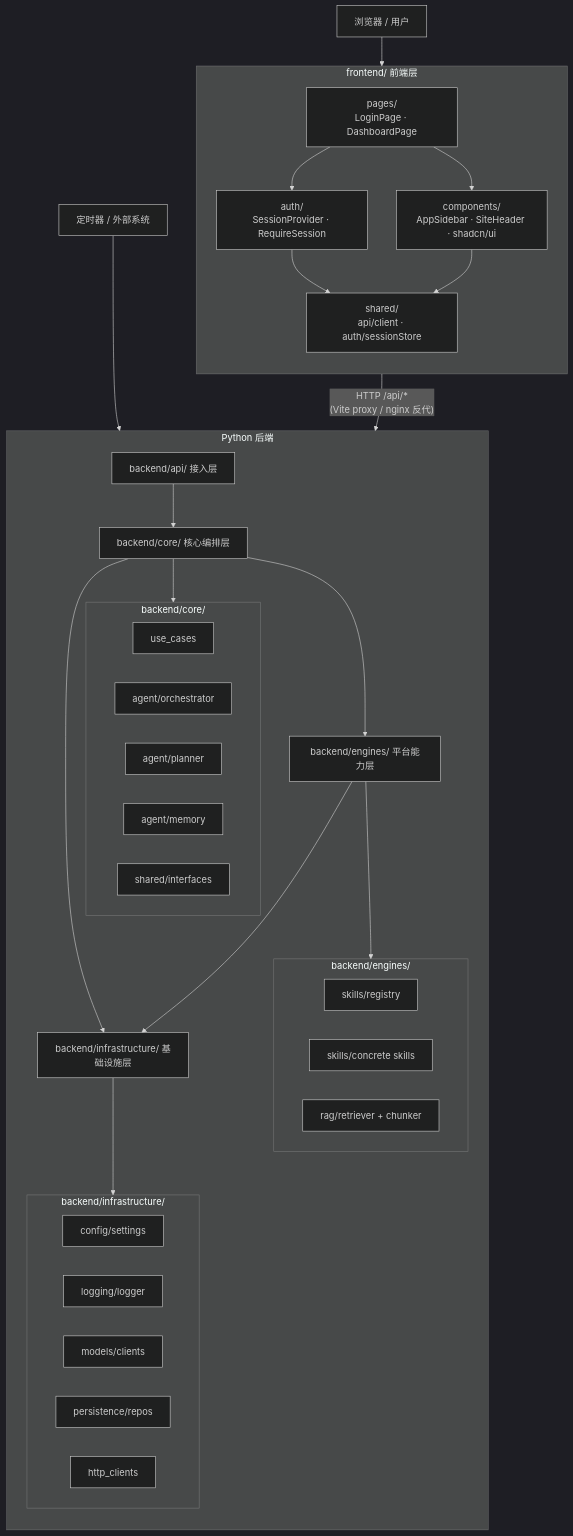
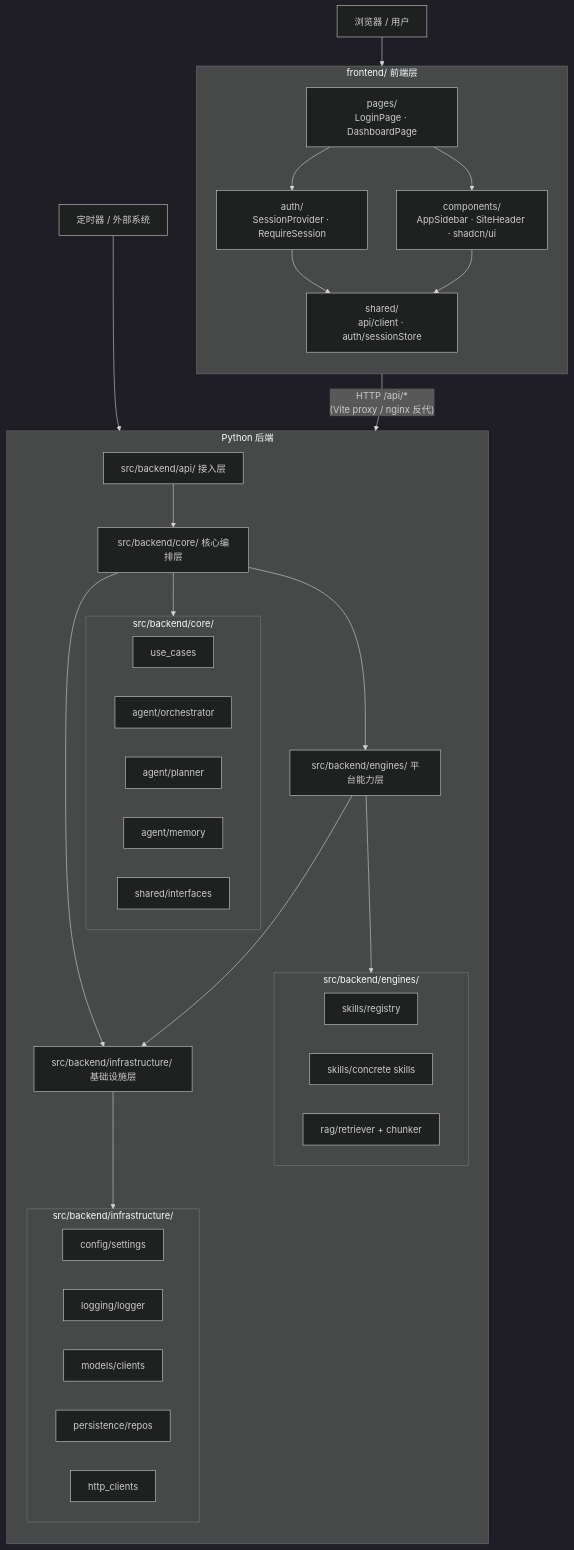
One commit to zata-zhangtao/zata-codes-template changed the diagram in docs/architecture/system-design.md. Above: the diagram before and after it, drawn with Mermaid (dark theme). The commit also changed other lines of this file and 59 other files, not shown here.

````diff
--- a/docs/architecture/system-design.md
+++ b/docs/architecture/system-design.md
@@ -52,59 +52,59 @@
 ```mermaid
 flowchart TD
     Browser["浏览器 / 用户"] --> FE
 
     subgraph FE["frontend/ 前端层"]
         direction TB
         FE_PAGES["pages/\nLoginPage · DashboardPage"]
         FE_LAYOUT["components/\nAppSidebar · SiteHeader · shadcn/ui"]
         FE_AUTH["auth/\nSessionProvider · RequireSession"]
         FE_SHARED["shared/\napi/client · auth/sessionStore"]
         FE_PAGES --> FE_LAYOUT
         FE_PAGES --> FE_AUTH
         FE_AUTH --> FE_SHARED
         FE_LAYOUT --> FE_SHARED
     end
 
     FE_SHARED -->|"HTTP /api/*\n(Vite proxy / nginx 反代)"| Apps
 
     subgraph Backend["Python 后端"]
         direction TB
-        Apps["backend/api/ 接入层"]
-        Core["backend/core/ 核心编排层"]
-        Platform["backend/engines/ 平台能力层"]
-        Infra["backend/infrastructure/ 基础设施层"]
+        Apps["src/backend/api/ 接入层"]
+        Core["src/backend/core/ 核心编排层"]
+        Platform["src/backend/engines/ 平台能力层"]
+        Infra["src/backend/infrastructure/ 基础设施层"]
 
         Apps --> Core
         Core --> Platform
         Core --> Infra
         Platform --> Infra
 
-        subgraph CoreDetails["backend/core/"]
+        subgraph CoreDetails["src/backend/core/"]
             UC["use_cases"]
             ORCH["agent/orchestrator"]
             PLAN["agent/planner"]
             MEM["agent/memory"]
             IFACE["shared/interfaces"]
         end
 
-        subgraph PlatformDetails["backend/engines/"]
+        subgraph PlatformDetails["src/backend/engines/"]
             REG["skills/registry"]
             SKILL["skills/concrete skills"]
             RAG["rag/retriever + chunker"]
         end
 
-        subgraph InfraDetails["backend/infrastructure/"]
+        subgraph InfraDetails["src/backend/infrastructure/"]
             CFG["config/settings"]
             LOG["logging/logger"]
             LLM["models/clients"]
             DB["persistence/repos"]
             HTTP["http_clients"]
         end
 
         Core --> CoreDetails
         Platform --> PlatformDetails
         Infra --> InfraDetails
     end
 
     Timer["定时器 / 外部系统"] --> Apps
 ```
````
